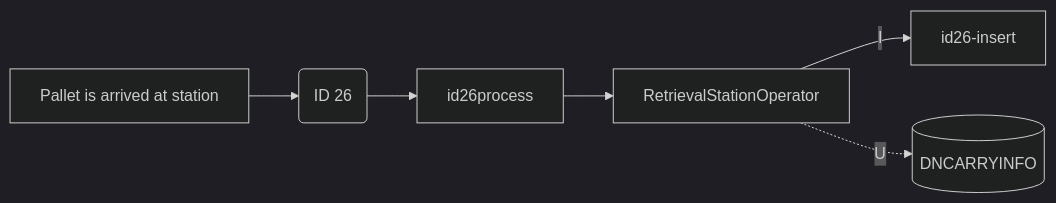
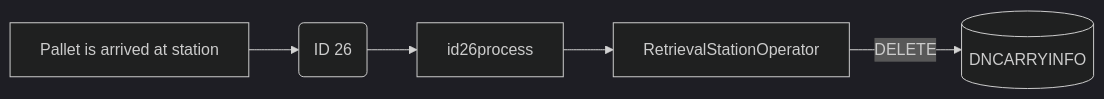
The eighth of 8 diagrams in Basic-Design/DFD-WMS/Retrieval/Unplanned-Retrieval-from-HP-Area.md (luthfiadityaa/SimeDarby-Wiki), drawn with Mermaid (dark theme) before and after one commit.

Commit message:
Updated Unplanned Retrieval from HP Area

```diff
--- a/Basic-Design/DFD-WMS/Retrieval/Unplanned-Retrieval-from-HP-Area.md
+++ b/Basic-Design/DFD-WMS/Retrieval/Unplanned-Retrieval-from-HP-Area.md
@@ -233,25 +233,25 @@
 ::: mermaid
 flowchart LR
 
 buttonclicked["
 Pallet is arrived at station
 "]
 
 id26msg("
 ID 26
 ")
 
 id26-update[("
 DNCARRYINFO
 ")]
 
 id26process[id26process]
 retrievaloperator[RetrievalStationOperator]
 
 
 buttonclicked --> id26msg
 id26msg -->id26process
 id26process-->retrievaloperator
-retrievaloperator--I-->id26-insert
-retrievaloperator-.U.->id26-update
+
+retrievaloperator--> |DELETE| id26-update
 :::
```
